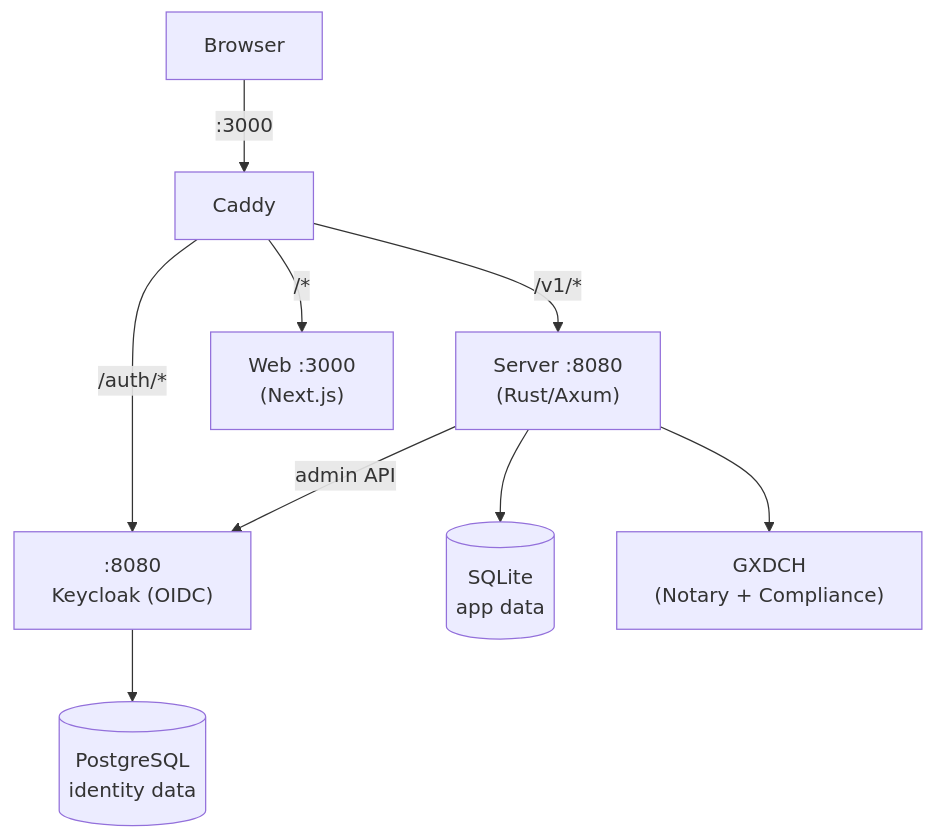
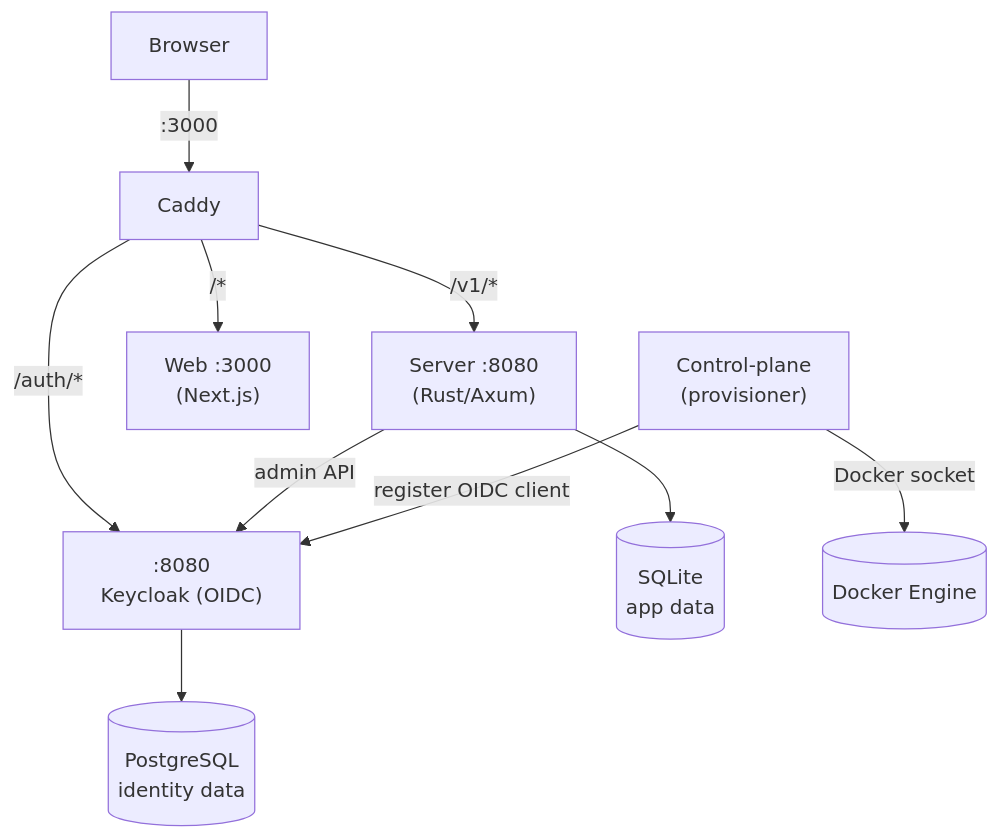
Before and after one commit to Kanzo-Tech/keasy: the diagram in README.md, drawn with Mermaid. The commit also changed other lines of this file and 66 other files, not shown here.

First line of the commit message:
feat(keasy): host cleanup — remove Gaia-X, Slack-style workspaces, control-plane (backend)

````diff
--- a/README.md
+++ b/README.md
@@ -70,14 +42,16 @@
 ```mermaid
 graph TD
     Browser -->|":3000"| Caddy
 
     Caddy -->|"/v1/*"| Server["Server :8080<br/>(Rust/Axum)"]
     Caddy -->|"/auth/*"| Keycloak[":8080<br/>Keycloak (OIDC)"]
     Caddy -->|"/*"| Web["Web :3000<br/>(Next.js)"]
 
     Server --> SQLite[(SQLite<br/>app data)]
     Server -->|"admin API"| Keycloak
-    Server --> GXDCH["GXDCH<br/>(Notary + Compliance)"]
+
+    ControlPlane["Control-plane<br/>(provisioner)"] -->|"Docker socket"| Docker[("Docker Engine")]
+    ControlPlane -->|"register OIDC client"| Keycloak
 
     Keycloak --> PostgreSQL[(PostgreSQL<br/>identity data)]
 ```
````
